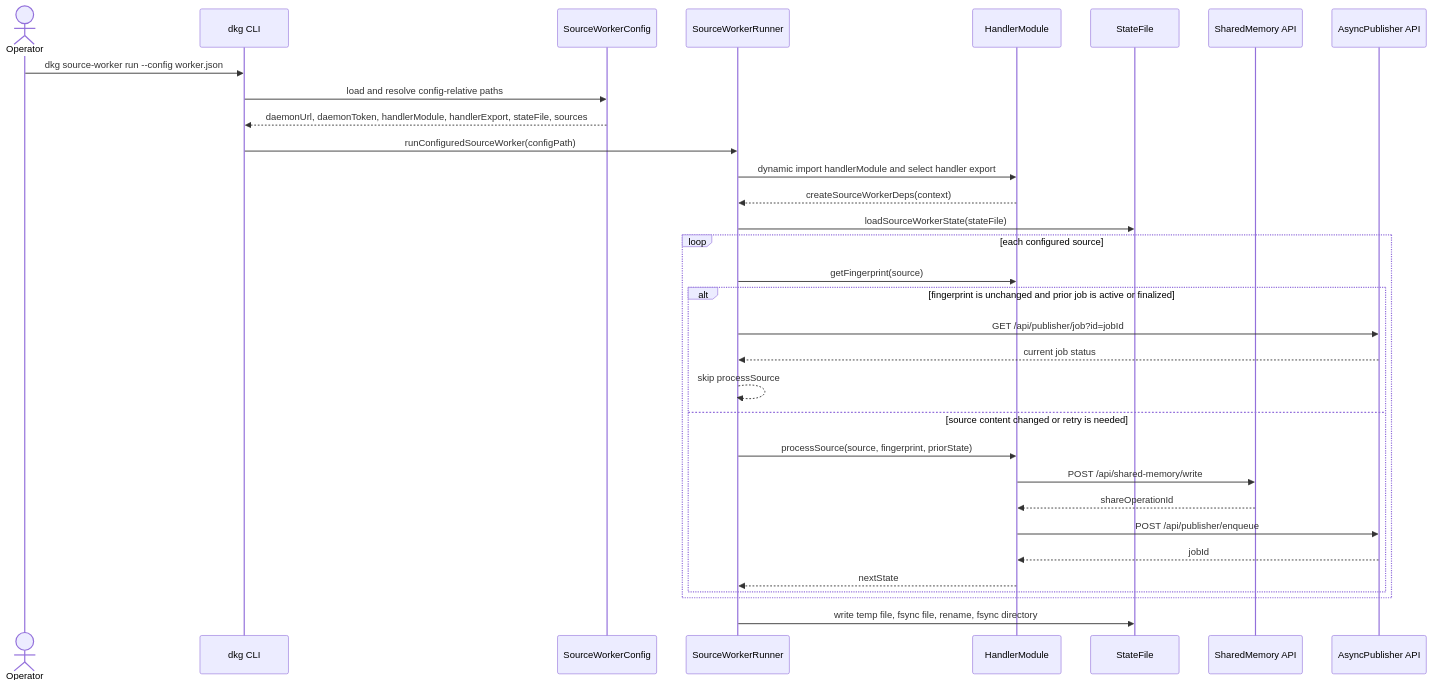
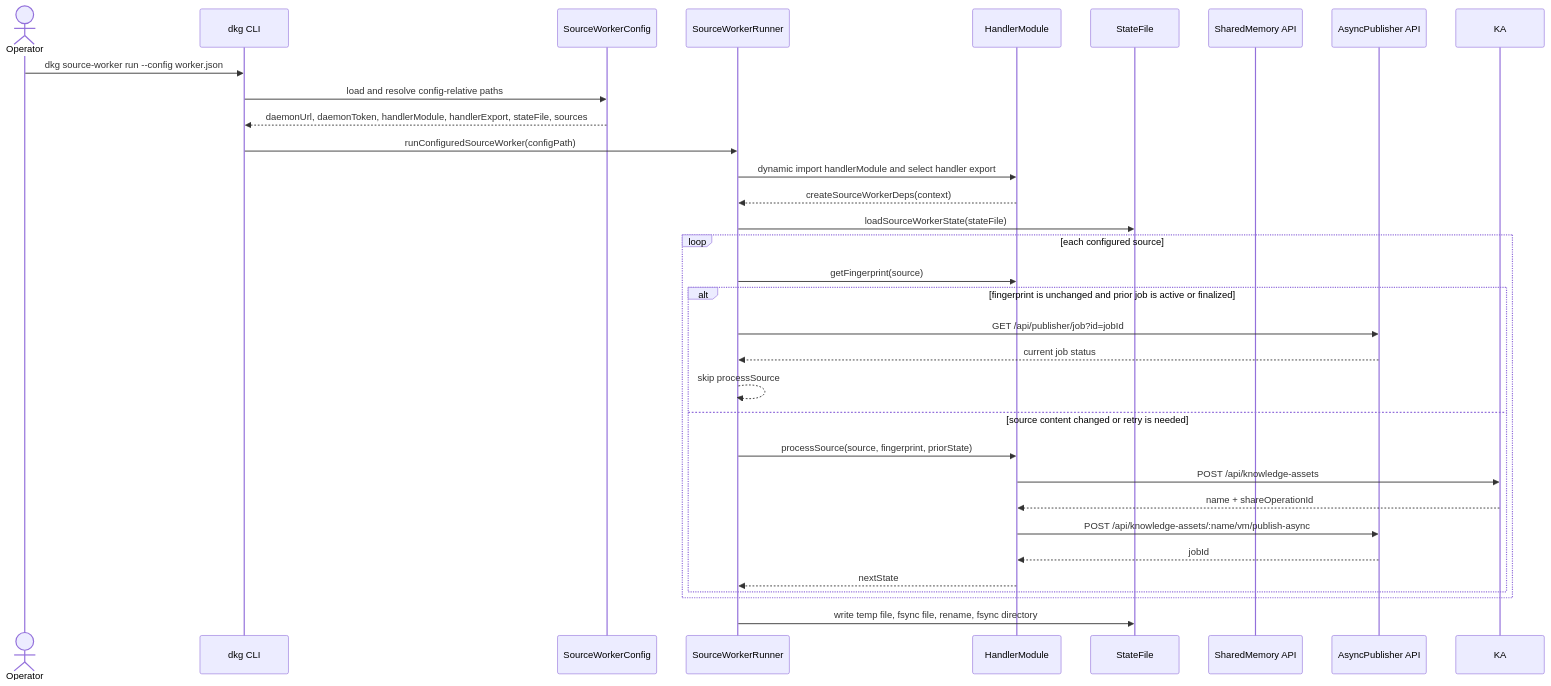
Before and after one commit to KilianTrunk/dkg: the ninth of 10 diagrams in ARCHITECTURE.md, drawn with Mermaid. The commit also changed other lines of this file and 180 other files, not shown here.

First line of the commit message:
Align publish flows with KA lifecycle (#1275)

````diff
--- a/ARCHITECTURE.md
+++ b/ARCHITECTURE.md
@@ -791,35 +792,35 @@
 ```mermaid
 sequenceDiagram
 actor Operator
 participant CLI as dkg CLI
 participant Config as SourceWorkerConfig
 participant Runner as SourceWorkerRunner
 participant Handler as HandlerModule
 participant State as StateFile
 participant SWM as SharedMemory API
 participant Publisher as AsyncPublisher API
 
 Operator->>CLI: dkg source-worker run --config worker.json
 CLI->>Config: load and resolve config-relative paths
 Config-->>CLI: daemonUrl, daemonToken, handlerModule, handlerExport, stateFile, sources
 CLI->>Runner: runConfiguredSourceWorker(configPath)
 Runner->>Handler: dynamic import handlerModule and select handler export
 Handler-->>Runner: createSourceWorkerDeps(context)
 Runner->>State: loadSourceWorkerState(stateFile)
 loop each configured source
   Runner->>Handler: getFingerprint(source)
   alt fingerprint is unchanged and prior job is active or finalized
     Runner->>Publisher: GET /api/publisher/job?id=jobId
     Publisher-->>Runner: current job status
     Runner-->>Runner: skip processSource
   else source content changed or retry is needed
     Runner->>Handler: processSource(source, fingerprint, priorState)
-    Handler->>SWM: POST /api/shared-memory/write
-    SWM-->>Handler: shareOperationId
-    Handler->>Publisher: POST /api/publisher/enqueue
+    Handler->>KA: POST /api/knowledge-assets
+    KA-->>Handler: name + shareOperationId
+    Handler->>Publisher: POST /api/knowledge-assets/:name/vm/publish-async
     Publisher-->>Handler: jobId
     Handler-->>Runner: nextState
   end
 end
 Runner->>State: write temp file, fsync file, rename, fsync directory
 ```
````
